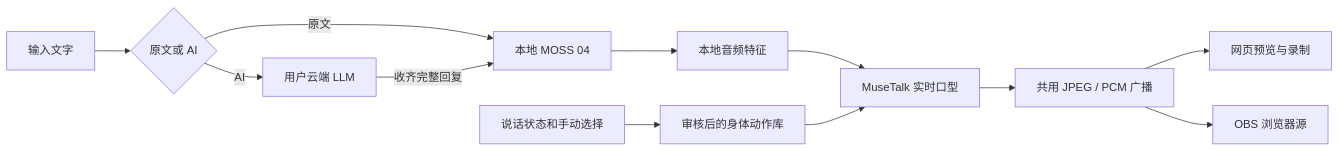
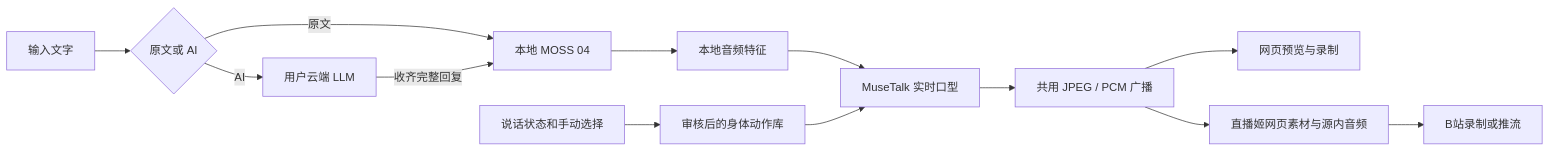
Before and after one commit to wikigsroom/Ai-Talk-Streamer: the diagram in README.zh-CN.md, drawn with Mermaid. The commit also changed other lines of this file and 41 other files, not shown here.

````diff
--- a/README.zh-CN.md
+++ b/README.zh-CN.md
@@ -64,14 +69,15 @@
 ```mermaid
 flowchart LR
     A[输入文字] --> B{原文或 AI}
     B -->|原文| D[本地 MOSS 04]
     B -->|AI| C[用户云端 LLM]
     C -->|收齐完整回复| D
     D --> E[本地音频特征]
     E --> F[MuseTalk 实时口型]
     G[审核后的身体动作库] --> F
     H[说话状态和手动选择] --> G
     F --> I[共用 JPEG / PCM 广播]
     I --> J[网页预览与录制]
-    I --> K[OBS 浏览器源]
+    I --> K[直播姬网页素材与源内音频]
+    K --> P[B站录制或推流]
 ```
````
